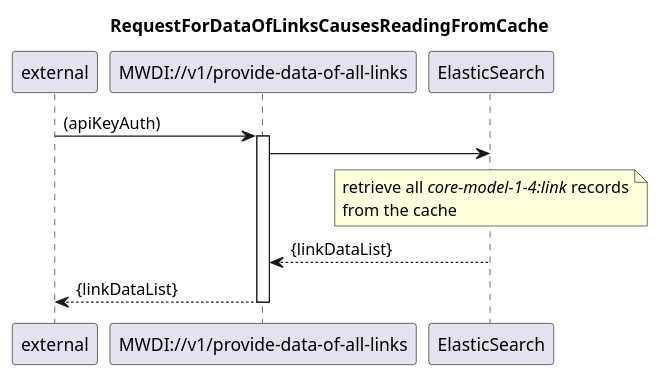
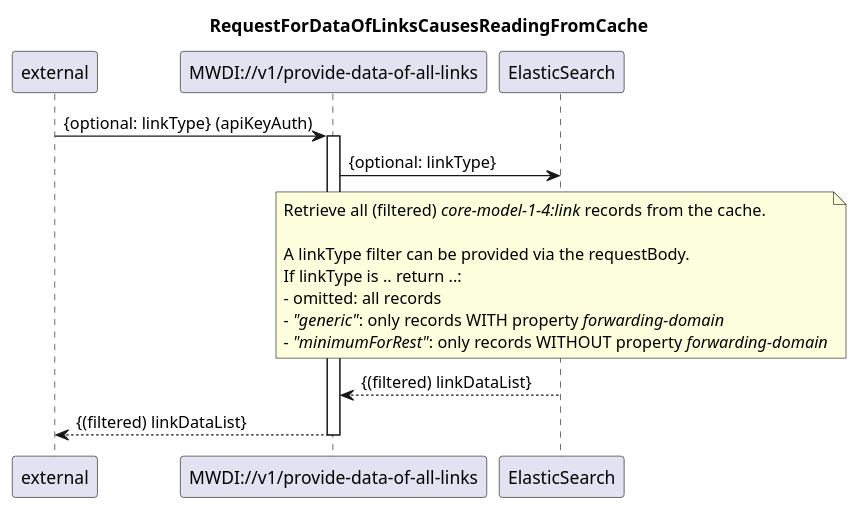
The diagram in spec/prep/diagrams-neu/106_provideDataOfAllLinks.plantuml (openBackhaul/MicroWaveDeviceInventory), drawn with PlantUML before and after one commit. The commit also changed 1 other file, not shown here.

Commit message:
diagrams update

```diff
--- a/spec/prep/diagrams-neu/106_provideDataOfAllLinks.plantuml
+++ b/spec/prep/diagrams-neu/106_provideDataOfAllLinks.plantuml
@@ -1,24 +1,29 @@
 @startuml 106_ProvideDataOfAllLinks
 skinparam responseMessageBelowArrow true
 
 title RequestForDataOfLinksCausesReadingFromCache
 
 participant "external" as requestor
 participant "MWDI://v1/provide-data-of-all-links" as data
 participant "ElasticSearch" as es
 
-requestor -> data: (apiKeyAuth)
+requestor -> data: {optional: linkType} (apiKeyAuth)
 activate data
 
-data -> es
+data -> es: {optional: linkType} 
 note over es
-  retrieve all <i>core-model-1-4:link</i> records
-  from the cache
+  Retrieve all (filtered) <i>core-model-1-4:link</i> records from the cache.
+
+  A linkType filter can be provided via the requestBody.
+  If linkType is .. return ..:
+  - omitted: all records
+  - <i>"generic"</i>: only records WITH property <i>forwarding-domain</i>
+  - <i>"minimumForRest"</i>: only records WITHOUT property <i>forwarding-domain</i>
 end note
 
-es --> data: {linkDataList}
+es --> data: {(filtered) linkDataList}
 
-data --> requestor: {linkDataList}
+data --> requestor: {(filtered) linkDataList}
 deactivate data
 
 @enduml
```
